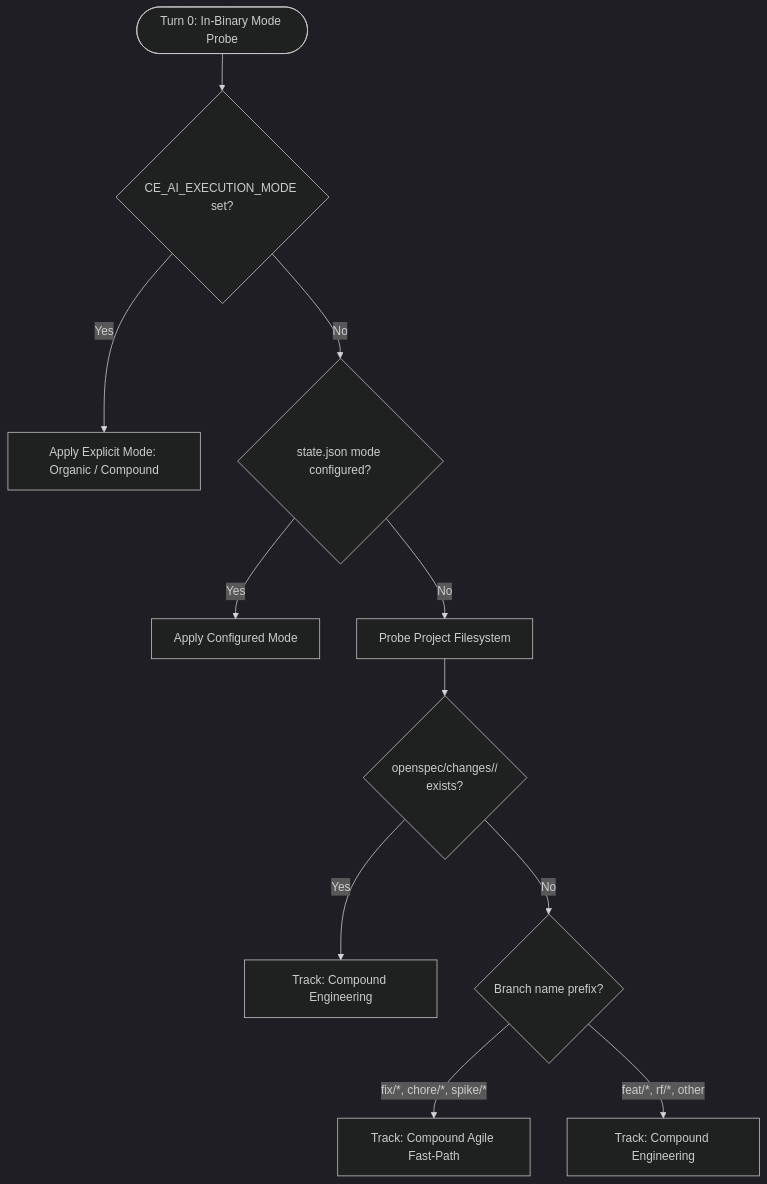
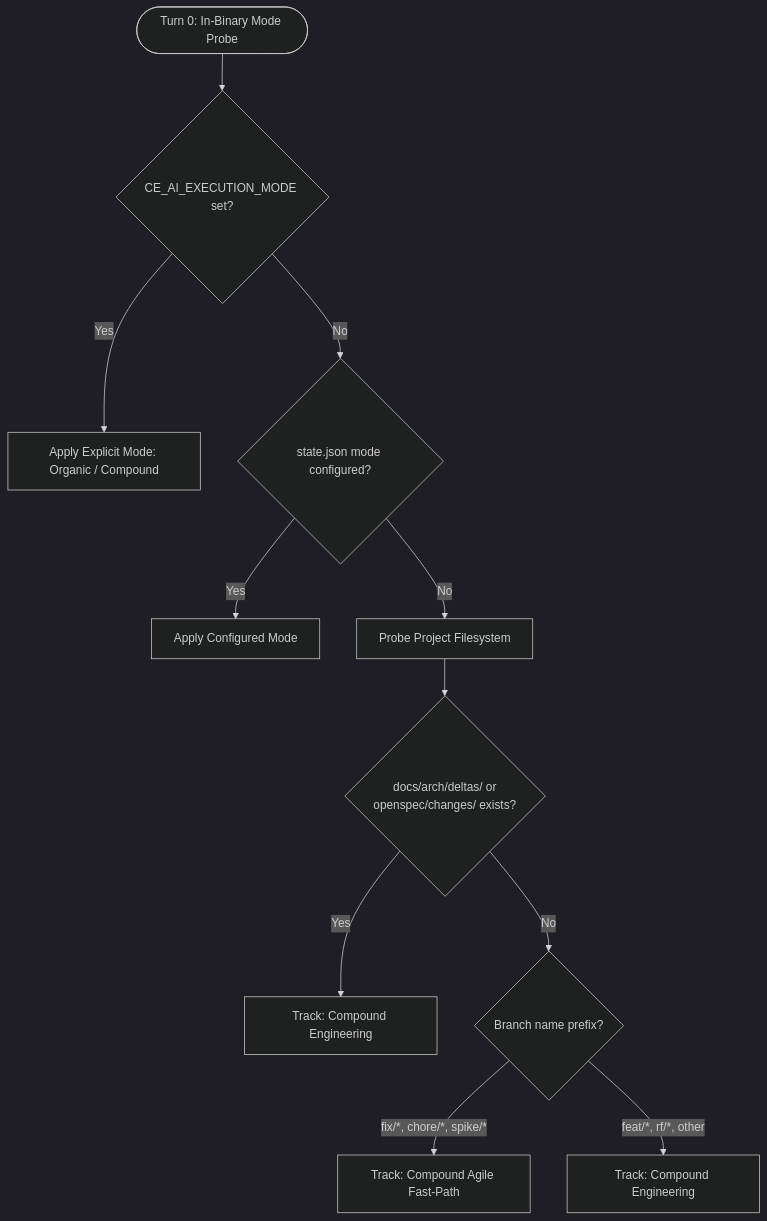
One commit to mastepanoski/ce-ai changed the first of 3 diagrams in docs/user-guide/odd-fast-path-and-graduation-masterclass.md. Above: the diagram before and after it, drawn with Mermaid (dark theme). The commit also changed other lines of this file and 5 other files, not shown here.

Commit message:
docs(guides): align user guides with docs/arch living architecture and docs/plans SSOT (#499)

````diff
--- a/docs/user-guide/odd-fast-path-and-graduation-masterclass.md
+++ b/docs/user-guide/odd-fast-path-and-graduation-masterclass.md
@@ -51,15 +51,15 @@
 ```mermaid
 flowchart TD
     Start([Turn 0: In-Binary Mode Probe]) --> EnvCheck{CE_AI_EXECUTION_MODE set?}
     EnvCheck -- Yes --> EnvApply[Apply Explicit Mode: Organic / Compound]
     EnvCheck -- No --> StateCheck{state.json mode configured?}
     StateCheck -- Yes --> StateApply[Apply Configured Mode]
     StateCheck -- No --> DiskProbe[Probe Project Filesystem]
 
-    DiskProbe --> SpecExists{openspec/changes/<branch>/<br/>exists?}
+    DiskProbe --> SpecExists{docs/arch/deltas/ or<br/>openspec/changes/ exists?}
     SpecExists -- Yes --> TrackCompound[Track: Compound Engineering]
     SpecExists -- No --> BranchCheck{Branch name prefix?}
 
     BranchCheck -- fix/*, chore/*, spike/* --> TrackFastPath[Track: Compound Agile Fast-Path]
     BranchCheck -- feat/*, rf/*, other --> TrackCompoundAuto[Track: Compound Engineering]
 ```
````
